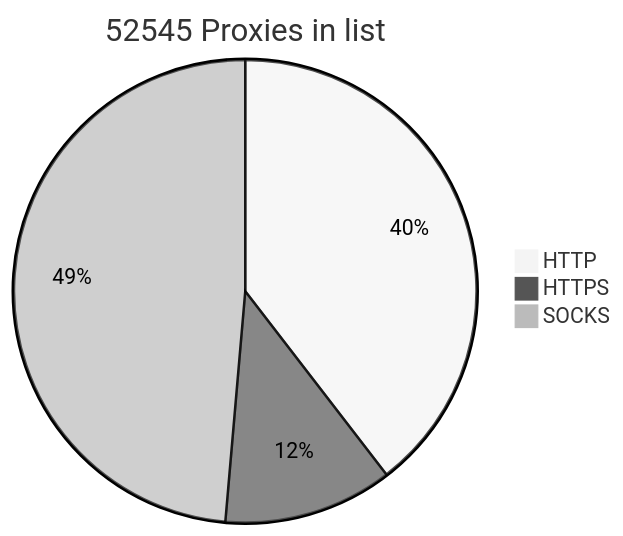
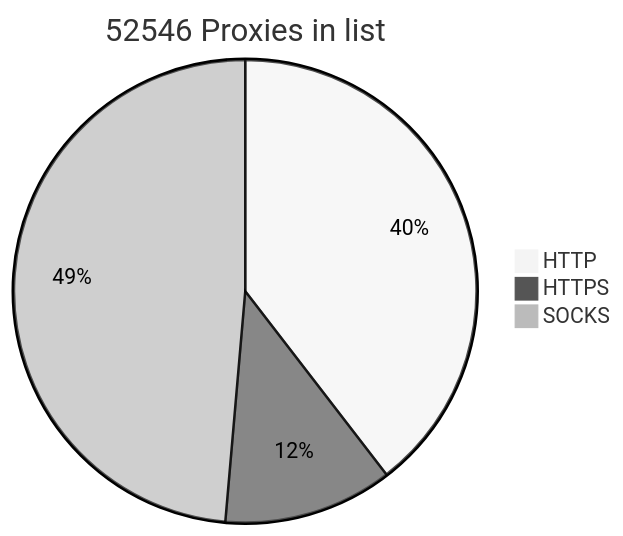
The diagram in README.md (BlackSnowDot/proxylist-update-every-minute), drawn with Mermaid (neutral theme) before and after one commit.

````diff
--- a/README.md
+++ b/README.md
@@ -2,6 +2,6 @@
 ```mermaid
-pie title 52545 Proxies in list
+pie title 52546 Proxies in list
     "HTTP" : 23175
-    "HTTPS": 6927
+    "HTTPS": 6928
     "SOCKS" : 28493
 ```
````
